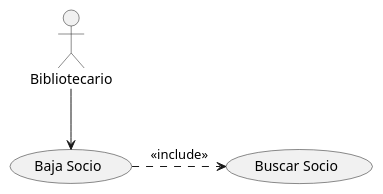
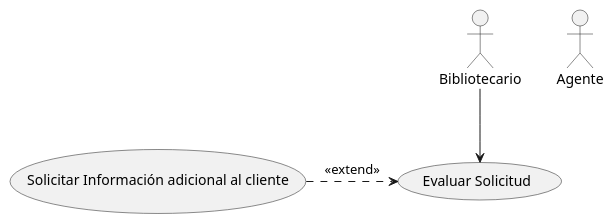
The diagram in src/CasosDeUso2_UML.puml (alejaandroobc/CasosDeUso2_UML), drawn with PlantUML before and after one commit.

Commit message:
Relaciones de extensión

```diff
--- a/src/CasosDeUso2_UML.puml
+++ b/src/CasosDeUso2_UML.puml
@@ -1,8 +1,8 @@
 @startuml
-:Bibliotecario:
-usecase UC1 as "Baja Socio"
-usecase UC2 as "Buscar Socio"
+:Agente:
+usecase UC1 as "Evaluar Solicitud"
+usecase UC2 as "Solicitar Información adicional al cliente"
 
 Bibliotecario --> UC1
-UC1 .> UC2 :<<include>>
+UC2 .> UC1 :<<extend>>
 @enduml
```
